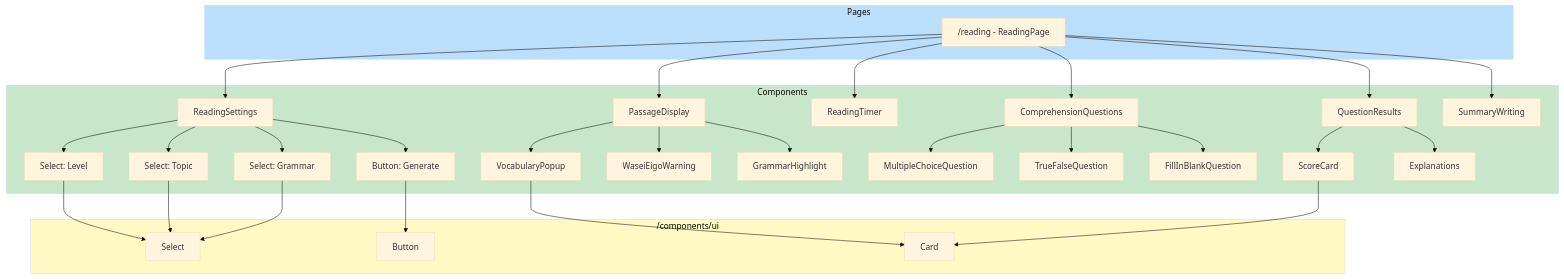
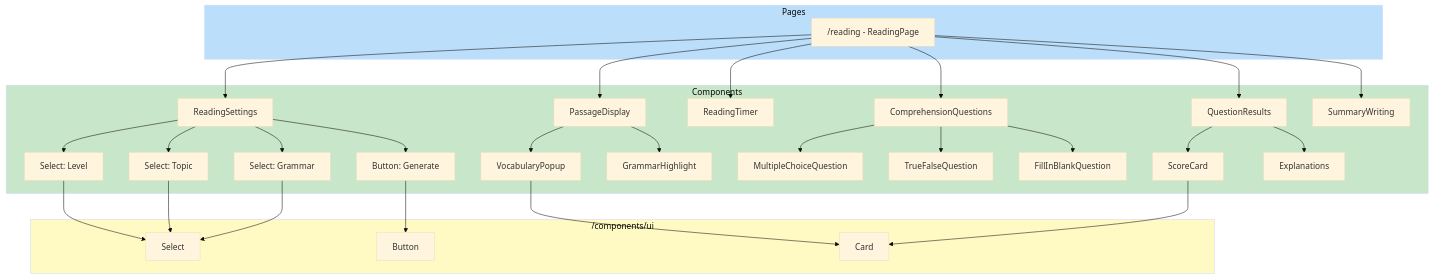
The fourth of 12 diagrams in specs/reading-practice/design-spec.md (y-nagase25/realtime-chat), drawn with Mermaid (base theme) before and after one commit. The commit also changed other lines of this file and 10 other files, not shown here.

Commit message:
fix: delete waseiEigo dictionary and function

````diff
--- a/specs/reading-practice/design-spec.md
+++ b/specs/reading-practice/design-spec.md
@@ -150,42 +149,41 @@
 ```mermaid
 graph TD
     subgraph Pages
         RP["/reading - ReadingPage"]
     end
 
     subgraph Components
         RP --> RS[ReadingSettings]
         RP --> PD[PassageDisplay]
         RP --> RT[ReadingTimer]
         RP --> CQ[ComprehensionQuestions]
         RP --> QR[QuestionResults]
         RP --> SW[SummaryWriting]
 
         RS --> SEL1[Select: Level]
         RS --> SEL2[Select: Topic]
         RS --> SEL3[Select: Grammar]
         RS --> BTN1[Button: Generate]
 
         PD --> VP[VocabularyPopup]
-        PD --> WE[WaseiEigoWarning]
         PD --> GH[GrammarHighlight]
 
         CQ --> MCQ[MultipleChoiceQuestion]
         CQ --> TFQ[TrueFalseQuestion]
         CQ --> FBQ[FillInBlankQuestion]
 
         QR --> SC[ScoreCard]
         QR --> EX[Explanations]
     end
 
     subgraph UI_Components["/components/ui"]
         SEL1 & SEL2 & SEL3 --> Select
         BTN1 --> Button
         VP --> Card
         SC --> Card
     end
 
     style Pages fill:#bbdefb
     style Components fill:#c8e6c9
     style UI_Components fill:#fff9c4
 ```
````
